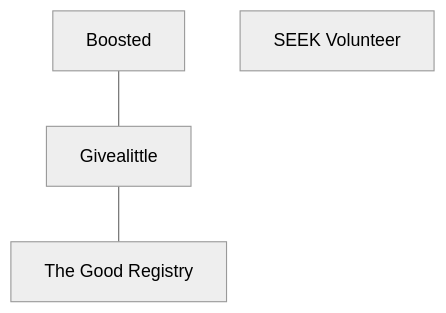
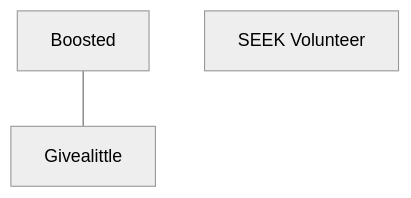
Before and after one commit to olitreadwell/nz-tech-for-good: the ninth of 17 diagrams in GUIDE.md, drawn with Mermaid (neutral theme). The commit also changed other lines of this file and 268 other files, not shown here.

````diff
--- a/GUIDE.md
+++ b/GUIDE.md
@@ -317,9 +216,7 @@
 ```mermaid
 flowchart TD
     n_Boosted["Boosted"]
     n_Givealittle["Givealittle"]
     n_SEEKVolunteer["SEEK Volunteer"]
-    n_TheGoodRegistry["The Good Registry"]
     n_Boosted --- n_Givealittle
-    n_Givealittle --- n_TheGoodRegistry
 ```
````
